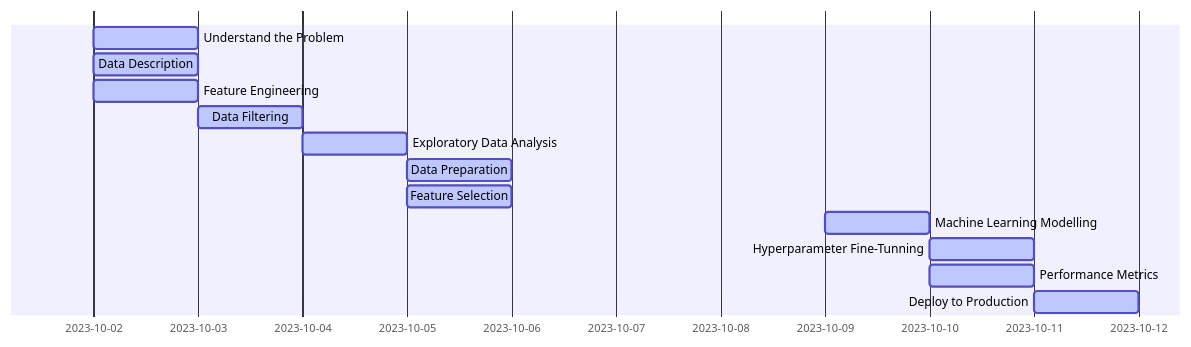
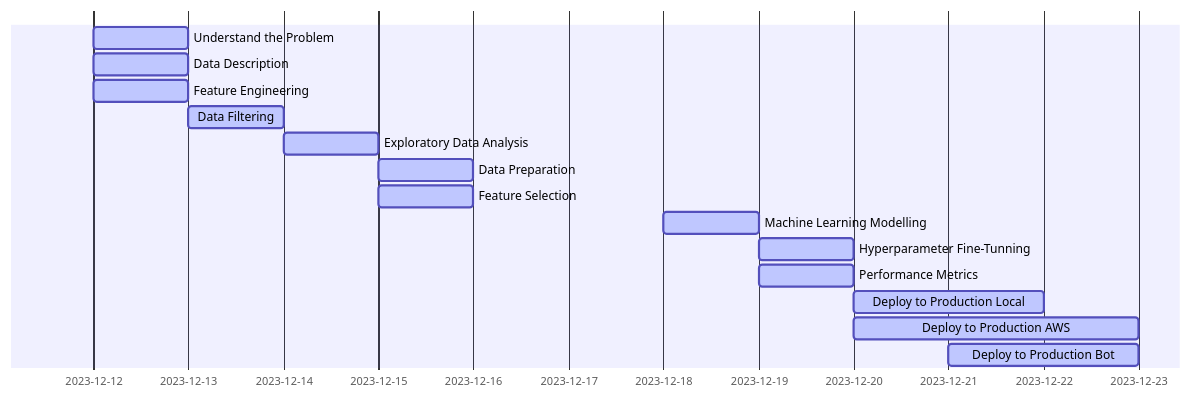
One commit to pmusachio/rossmann_store_sales_prediction changed the diagram in README.md. Above: the diagram before and after it, drawn with Mermaid. The commit also changed other lines of this file, not shown here.

````diff
--- a/README.md
+++ b/README.md
@@ -18,16 +15,18 @@
 ```mermaid
 gantt
 dateFormat  YYYY-MM-DD
 
-Understand the Problem      :active,, 2023-10-02,2023-10-03
-Data Description            :active,, 2023-10-02,2023-10-03
-Feature Engineering         :active,, 2023-10-02,2023-10-03
-Data Filtering              :active,, 2023-10-03,2023-10-04
-Exploratory Data Analysis   :active,, 2023-10-04,2023-10-05
-Data Preparation            :active,, 2023-10-05,2023-10-06
-Feature Selection           :active,, 2023-10-05,2023-10-06
-Machine Learning Modelling  :active,, 2023-10-09,2023-10-10
-Hyperparameter Fine-Tunning :active,, 2023-10-10,2023-10-11
-Performance Metrics         :active,, 2023-10-10,2023-10-11
-Deploy to Production        :active,, 2023-10-11,2023-10-12
+Understand the Problem      :active,, 2023-12-12,2023-12-13
+Data Description            :active,, 2023-12-12,2023-12-13
+Feature Engineering         :active,, 2023-12-12,2023-12-13
+Data Filtering              :active,, 2023-12-13,2023-12-14
+Exploratory Data Analysis   :active,, 2023-12-14,2023-12-15
+Data Preparation            :active,, 2023-12-15,2023-12-16
+Feature Selection           :active,, 2023-12-15,2023-12-16
+Machine Learning Modelling  :active,, 2023-12-18,2023-12-19
+Hyperparameter Fine-Tunning :active,, 2023-12-19,2023-12-20
+Performance Metrics         :active,, 2023-12-19,2023-12-20
+Deploy to Production Local  :active,, 2023-12-20,2023-12-22
+Deploy to Production AWS    :active,, 2023-12-20,2023-12-23
+Deploy to Production Bot    :active,, 2023-12-21,2023-12-23
 ```
````
